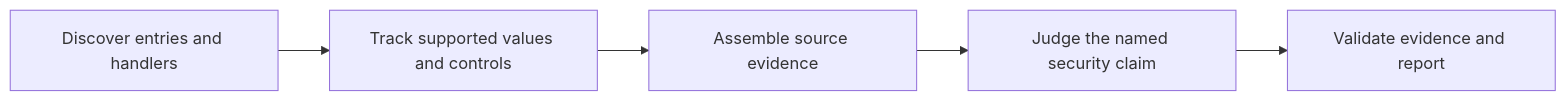
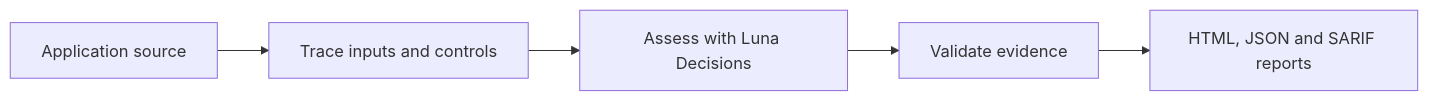
One commit to zazzcode/zazzles changed the diagram in README.md. Above: the diagram before and after it, drawn with Mermaid. The commit also changed other lines of this file and 28 other files, not shown here.

Commit message:
[CLI+ANALYSIS+JUDGE+REPORT+DOC] Harden analyzer scheduling and simplify setup

````diff
--- a/README.md
+++ b/README.md
@@ -107,7 +21,7 @@
 ```mermaid
 flowchart LR
-    A[Discover entries and handlers] --> B[Track supported values and controls]
-    B --> C[Assemble source evidence]
-    C --> D[Judge the named security claim]
-    D --> E[Validate evidence and report]
+    A[Application source] --> B[Trace inputs and controls]
+    B --> C[Assess with Luna Decisions]
+    C --> D[Validate evidence]
+    D --> E[HTML, JSON and SARIF reports]
 ```
````
